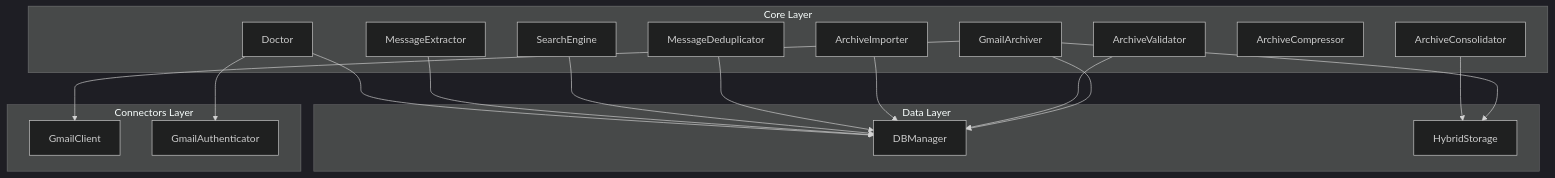
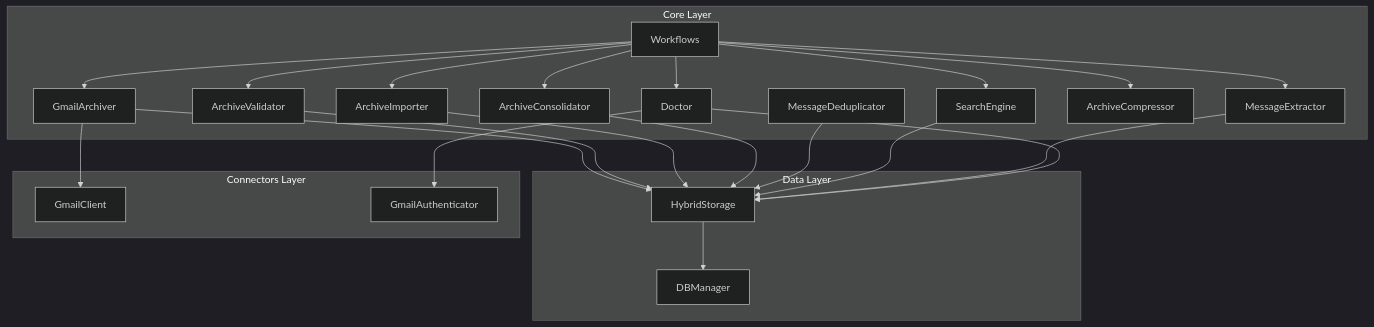
One commit to tumma72/GMailArchiver changed diagram 11 of 12 in src/gmailarchiver/core/ARCHITECTURE.md. Above: the diagram before and after it, drawn with Mermaid (dark theme). The commit also changed other lines of this file and 4 other files, not shown here.

First line of the commit message:
feat(workflows): establish workflows module architecture

````diff
--- a/src/gmailarchiver/core/ARCHITECTURE.md
+++ b/src/gmailarchiver/core/ARCHITECTURE.md
@@ -202,36 +218,45 @@
 ```mermaid
 graph TB
     subgraph "Core Layer"
         ARCH[GmailArchiver]
         VAL[ArchiveValidator]
         IMP[ArchiveImporter]
         CON[ArchiveConsolidator]
         DED[MessageDeduplicator]
         SEARCH[SearchEngine]
         EXT[MessageExtractor]
         COMP[ArchiveCompressor]
         DOC[Doctor]
+        WORKFLOWS[Workflows]
     end
 
     subgraph "Data Layer"
         DB[DBManager]
         HS[HybridStorage]
     end
 
     subgraph "Connectors Layer"
         GMAIL[GmailClient]
         AUTH[GmailAuthenticator]
     end
 
     ARCH --> GMAIL
     ARCH --> HS
-    ARCH --> DB
-    VAL --> DB
-    IMP --> DB
+    VAL --> HS
+    IMP --> HS
     CON --> HS
-    DED --> DB
-    SEARCH --> DB
-    EXT --> DB
-    DOC --> DB
+    DED --> HS
+    SEARCH --> HS
+    EXT --> HS
+    DOC --> HS
     DOC --> AUTH
+    WORKFLOWS --> ARCH
+    WORKFLOWS --> VAL
+    WORKFLOWS --> IMP
+    WORKFLOWS --> CON
+    WORKFLOWS --> SEARCH
+    WORKFLOWS --> EXT
+    WORKFLOWS --> COMP
+    WORKFLOWS --> DOC
+    HS --> DB
 ```
````
